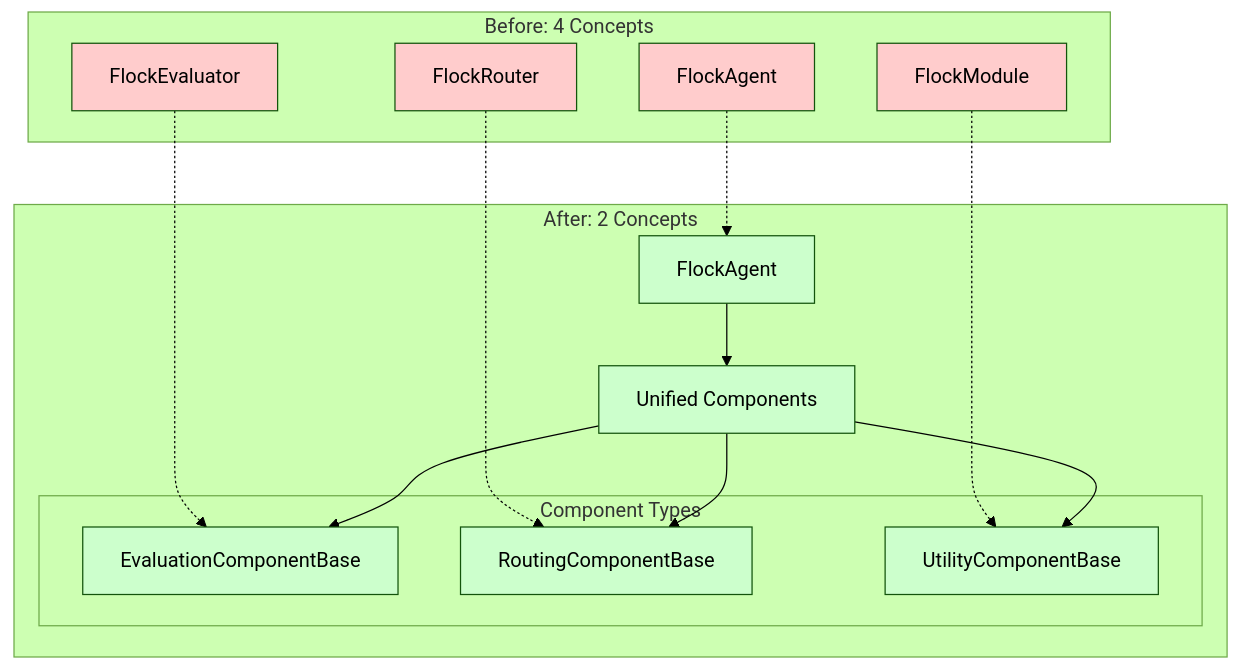
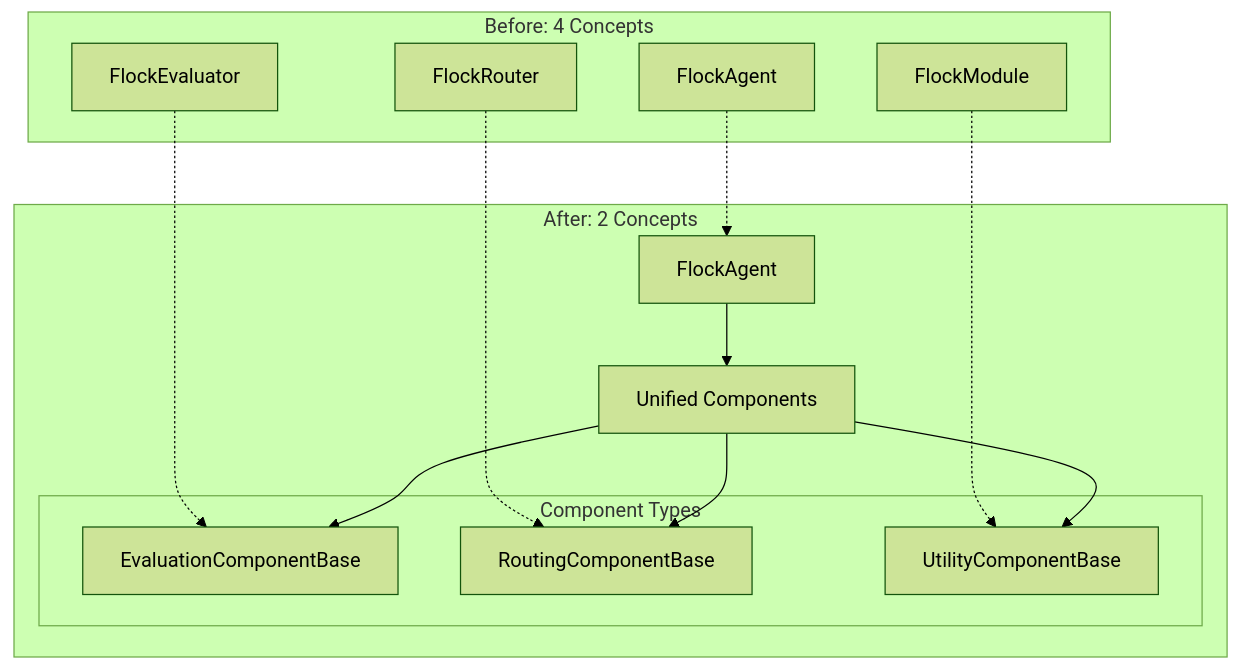
Before and after one commit to AndreRatzenberger/flock: the second of 25 diagrams in docs/architecture_report.md, drawn with Mermaid (forest theme). The commit also changed other lines of this file, not shown here.

````diff
--- a/docs/architecture_report.md
+++ b/docs/architecture_report.md
@@ -60,36 +60,35 @@
 ```mermaid
 graph TD
     subgraph "Before: 4 Concepts"
         OldAgent[FlockAgent]
         OldEval[FlockEvaluator]
         OldRouter[FlockRouter] 
         OldModule[FlockModule]
     end
     
     subgraph "After: 2 Concepts"
         NewAgent[FlockAgent]
         Components[Unified Components]
         
         subgraph "Component Types"
             Eval[EvaluationComponentBase]
             Route[RoutingComponentBase]
             Util[UtilityComponentBase]
         end
     end
     
     OldAgent -.-> NewAgent
     OldEval -.-> Eval
     OldRouter -.-> Route
     OldModule -.-> Util
     
     NewAgent --> Components
     Components --> Eval
     Components --> Route
     Components --> Util
     
-    classDef old fill:#ffcccc
-    classDef new fill:#ccffcc
+ 
     
     class OldAgent,OldEval,OldRouter,OldModule old
     class NewAgent,Components,Eval,Route,Util new
 ```
````
